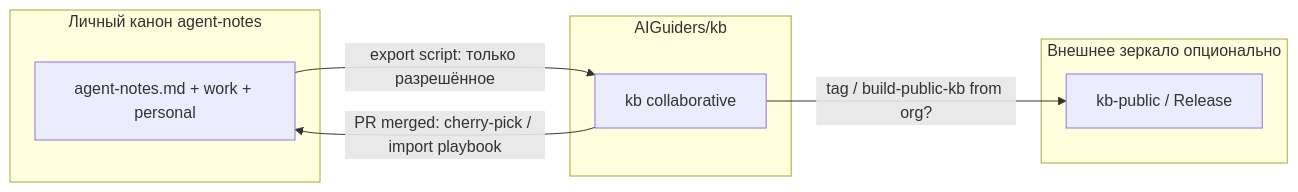
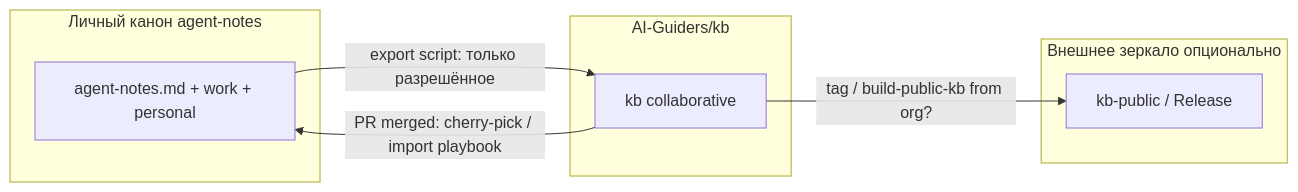
One commit to AI-Guiders/kb-public changed the diagram in knowledge/adr/011-aiguiders-org-collaborative-kb-repo-v1.md. Above: the diagram before and after it, drawn with Mermaid. The commit also changed other lines of this file and 48 other files, not shown here.

````diff
--- a/knowledge/adr/011-aiguiders-org-collaborative-kb-repo-v1.md
+++ b/knowledge/adr/011-aiguiders-org-collaborative-kb-repo-v1.md
@@ -112,15 +119,15 @@
 ```mermaid
 flowchart LR
   subgraph owner [Личный канон agent-notes]
     AN[agent-notes.md + work + personal]
   end
-  subgraph org [AIGuiders/kb]
+  subgraph org [AI-Guiders/kb]
     KB[kb collaborative]
   end
   subgraph mirror [Внешнее зеркало опционально]
     PUB[kb-public / Release]
   end
   AN -->|export script: только разрешённое| KB
   KB -->|PR merged: cherry-pick / import playbook| AN
   KB -->|tag / build-public-kb from org?| PUB
 ```
````
